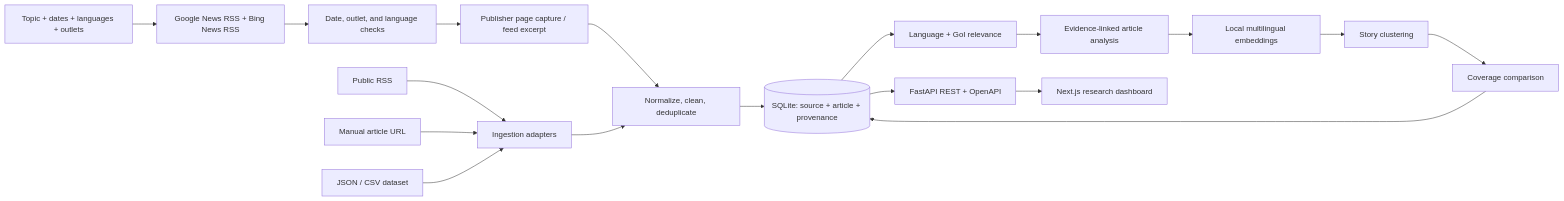
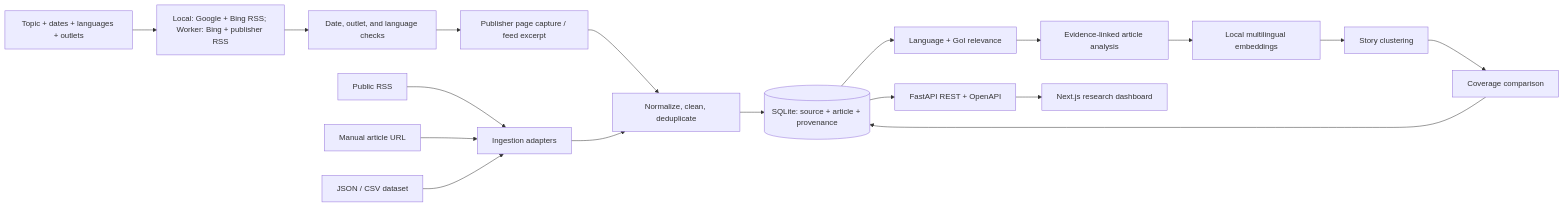
The diagram in docs/ARCHITECTURE.md (codemanojhv/prj-277-media-research), drawn with Mermaid before and after one commit. The commit also changed 44 other files, not shown here.

````diff
--- a/docs/ARCHITECTURE.md
+++ b/docs/ARCHITECTURE.md
@@ -3,20 +3,20 @@
 ```mermaid
 flowchart LR
-  QUERY[Topic + dates + languages + outlets] --> DISC[Google News RSS + Bing News RSS]
+  QUERY[Topic + dates + languages + outlets] --> DISC[Local: Google + Bing RSS; Worker: Bing + publisher RSS]
   DISC --> CAND[Date, outlet, and language checks]
   CAND --> CAP[Publisher page capture / feed excerpt]
   CAP --> NORM
   RSS[Public RSS] --> ING[Ingestion adapters]
   URL[Manual article URL] --> ING
   DATA[JSON / CSV dataset] --> ING
   ING --> NORM[Normalize, clean, deduplicate]
   NORM --> DB[(SQLite: source + article + provenance)]
   DB --> LANG[Language + GoI relevance]
   LANG --> NLP[Evidence-linked article analysis]
   NLP --> EMB[Local multilingual embeddings]
   EMB --> CLUSTER[Story clustering]
   CLUSTER --> COMP[Coverage comparison]
   COMP --> DB
   DB --> API[FastAPI REST + OpenAPI]
   API --> WEB[Next.js research dashboard]
 ```
````
